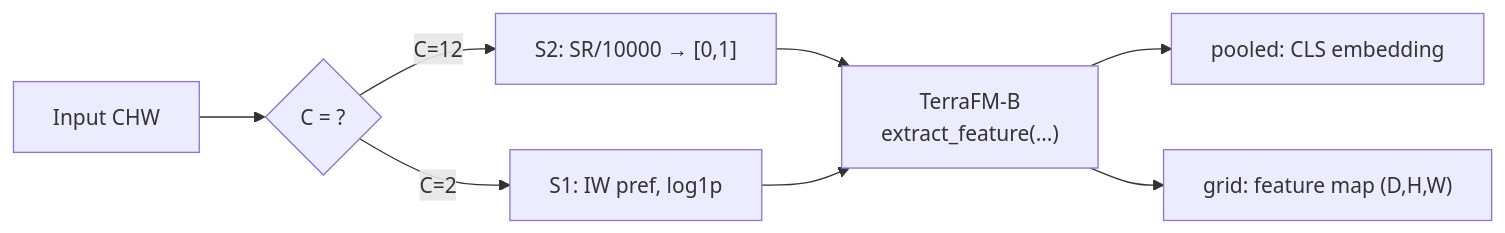
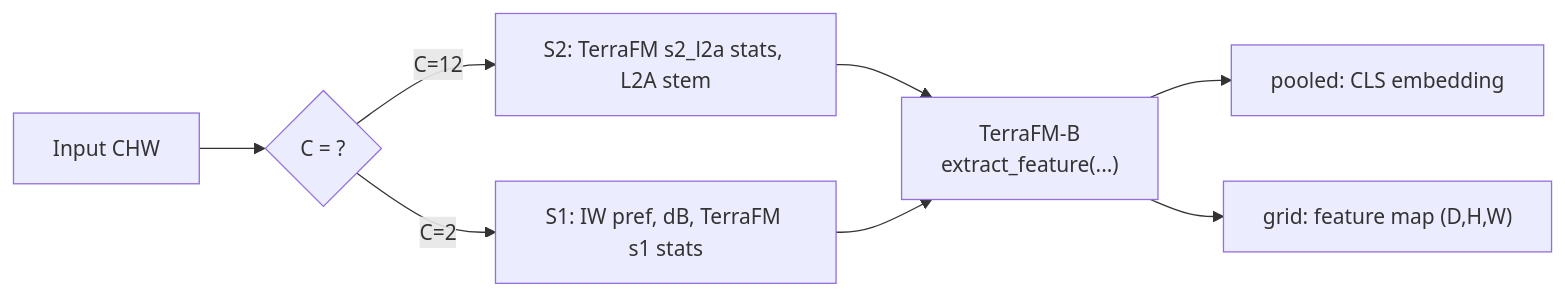
Before and after one commit to cybergis/rs-embed: the third of 3 diagrams in docs/models/terrafm.md, drawn with Mermaid. The commit also changed other lines of this file and 3 other files, not shown here.

````diff
--- a/docs/models/terrafm.md
+++ b/docs/models/terrafm.md
@@ -94,10 +97,10 @@
 ```mermaid
 flowchart LR
     IN["Input CHW"] --> R{C = ?}
-    R -- "C=12" --> S2["S2: SR/10000 → [0,1]"]
-    R -- "C=2" --> S1["S1: IW pref, log1p"]
+    R -- "C=12" --> S2["S2: TerraFM s2_l2a stats, L2A stem"]
+    R -- "C=2" --> S1["S1: IW pref, dB, TerraFM s1 stats"]
     S2 --> ENC["TerraFM-B\nextract_feature(...)"]
     S1 --> ENC
     ENC --> POOL["pooled: CLS embedding"]
     ENC --> GRID["grid: feature map (D,H,W)"]
 ```
````
